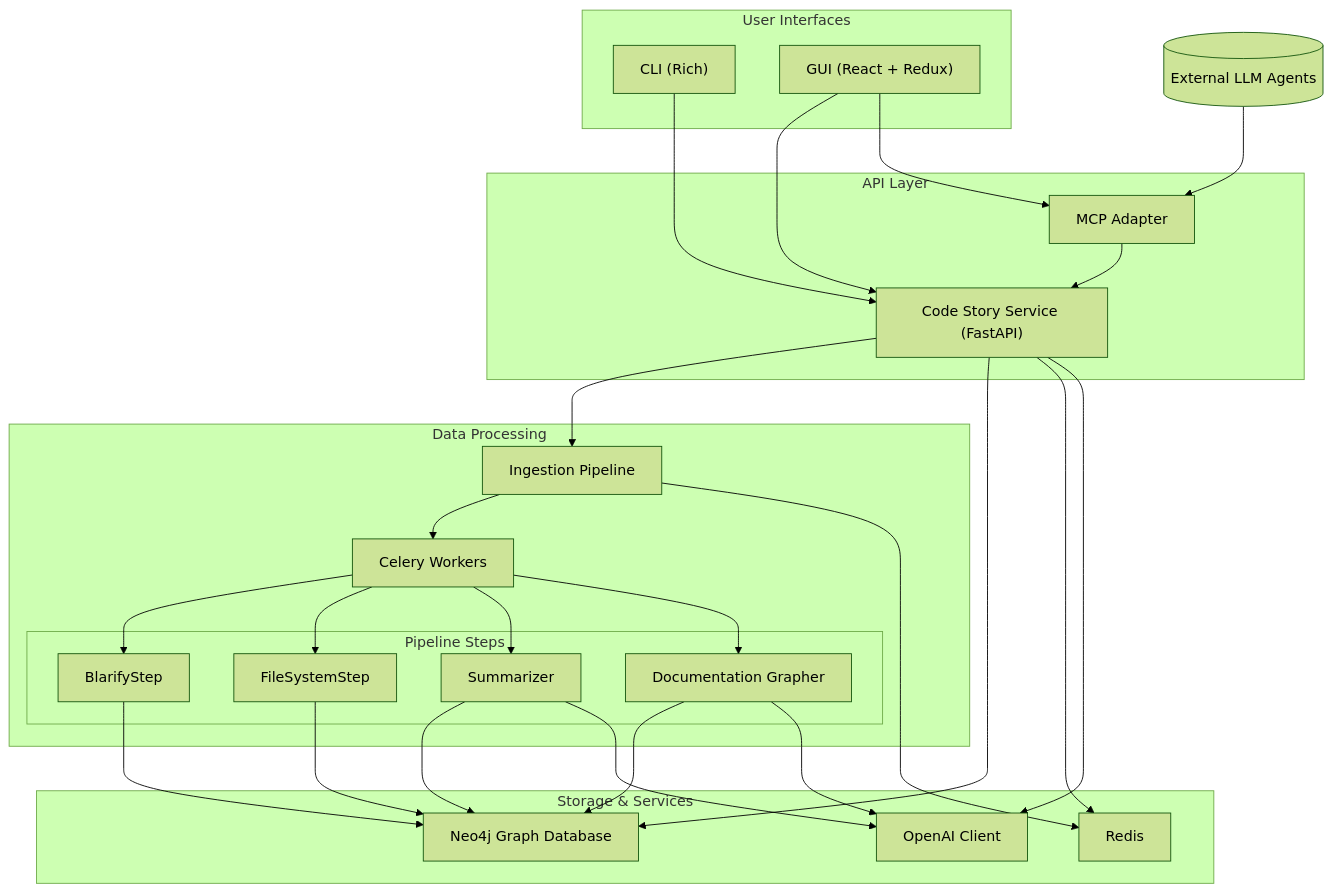
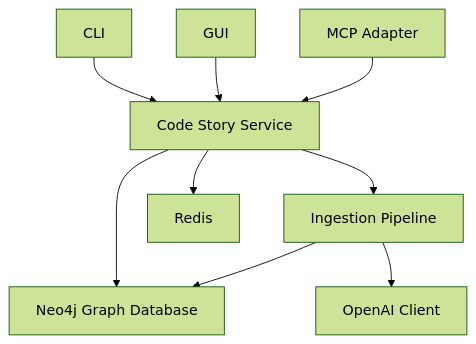
One commit to rysweet/code-story changed the diagram in README.md. Above: the diagram before and after it, drawn with Mermaid (forest theme). The commit also changed other lines of this file and 2 other files, not shown here.

````diff
--- a/README.md
+++ b/README.md
@@ -64,45 +102,11 @@
 ```mermaid
 graph TD
-    subgraph "User Interfaces"
-        CLI["CLI (Rich)"]
-        GUI["GUI (React + Redux)"]
-    end
-
-    subgraph "API Layer"
-        CS["Code Story Service (FastAPI)"]
-        MCP["MCP Adapter"]
-    end
-
-    subgraph "Data Processing"
-        IP["Ingestion Pipeline"]
-        CELERY["Celery Workers"]
-        subgraph "Pipeline Steps"
-            BS["BlarifyStep"]
-            FS["FileSystemStep"]
-            SS["Summarizer"]
-            DG["Documentation Grapher"]
-        end
-    end
-
-    subgraph "Storage & Services"
-        NEO4J["Neo4j Graph Database"]
-        REDIS["Redis"]
-        OAI["OpenAI Client"]
-    end
-
-    CLI --> CS
-    GUI --> CS
-    GUI --> MCP
-    MCP --> CS
-    CS --> IP
-    IP --> CELERY
-    CELERY --> BS & FS & SS & DG
-    BS & FS & SS & DG --> NEO4J
-    CS --> NEO4J
-    IP --> REDIS
-    CS --> REDIS
-    SS --> OAI
-    DG --> OAI
-    CS --> OAI
-    AGENT[("External LLM Agents")] --> MCP
+    CLI[CLI] --> CS[Code Story Service]
+    GUI[GUI] --> CS
+    MCP[MCP Adapter] --> CS
+    CS --> IP[Ingestion Pipeline]
+    CS --> NEO4J[Neo4j Graph Database]
+    IP --> NEO4J
+    CS --> REDIS[Redis]
+    IP --> AI[OpenAI Client]
 ```
````
